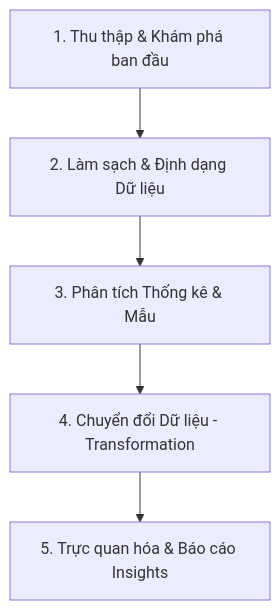
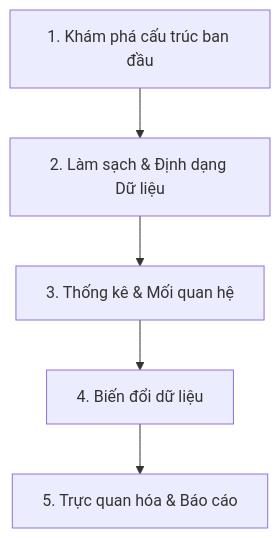
The diagram in docs/standard_eda_process.md (nhantpv/Auto-Data-Profiling-Smart-EDA-Report-Tool), drawn with Mermaid before and after one commit. The commit also changed other lines of this file and 12 other files, not shown here.

````diff
--- a/docs/standard_eda_process.md
+++ b/docs/standard_eda_process.md
@@ -11,7 +10,7 @@
 ```mermaid
 graph TD
-    A[1. Thu thập & Khám phá ban đầu] --> B[2. Làm sạch & Định dạng Dữ liệu]
-    B --> C[3. Phân tích Thống kê & Mẫu]
-    C --> D[4. Chuyển đổi Dữ liệu - Transformation]
-    D --> E[5. Trực quan hóa & Báo cáo Insights]
+    A[1. Khám phá cấu trúc ban đầu] --> B[2. Làm sạch & Định dạng Dữ liệu]
+    B --> C[3. Thống kê & Mối quan hệ]
+    C --> D[4. Biến đổi dữ liệu]
+    D --> E[5. Trực quan hóa & Báo cáo]
 ```
````
